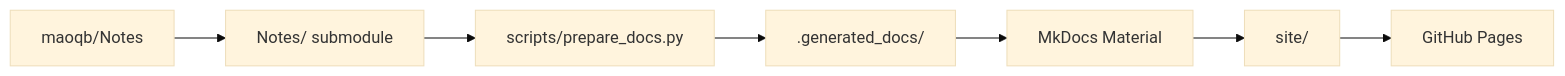
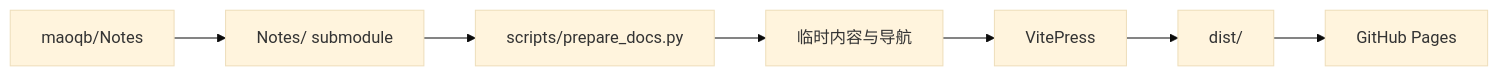
One commit to maoqb/aosp-docs changed the diagram in README.md. Above: the diagram before and after it, drawn with Mermaid (base theme). The commit also changed other lines of this file and 21 other files, not shown here.

Commit message:
Rebuild blog with VitePress

````diff
--- a/README.md
+++ b/README.md
@@ -17,9 +19,9 @@
 ```mermaid
 flowchart LR
     Repository["maoqb/Notes"] --> Submodule["Notes/ submodule"]
     Submodule --> Prepare["scripts/prepare_docs.py"]
-    Prepare --> Generated[".generated_docs/"]
-    Generated --> MkDocs["MkDocs Material"]
-    MkDocs --> Site["site/"]
-    Site --> Pages["GitHub Pages"]
+    Prepare --> Generated["临时内容与导航"]
+    Generated --> VitePress["VitePress"]
+    VitePress --> Dist["dist/"]
+    Dist --> Pages["GitHub Pages"]
 ```
````
